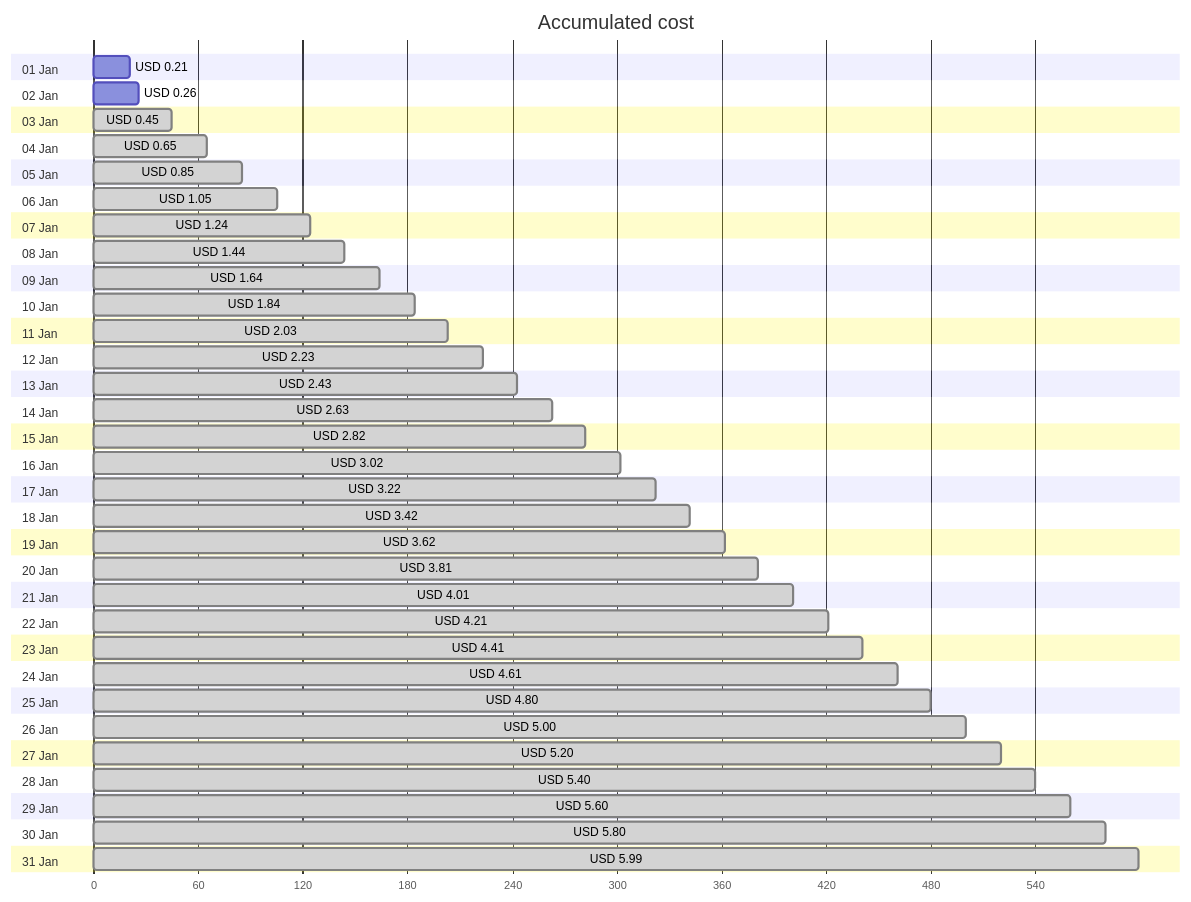
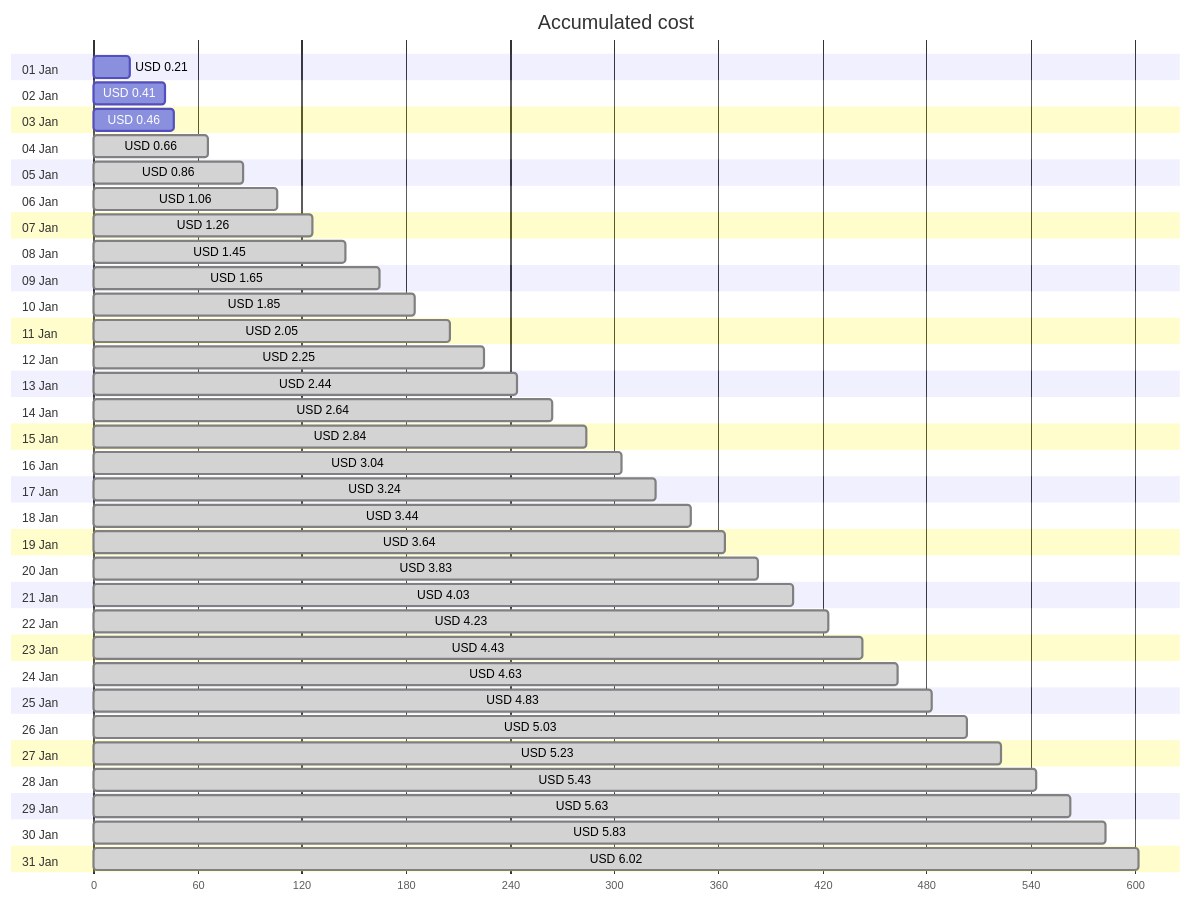
The first of 4 diagrams in cost-reports/personal-network/backup-server.md (jpfulton/azure-personal-reports), drawn with Mermaid before and after one commit. The commit also changed other lines of this file and 8 other files, not shown here.

````diff
--- a/cost-reports/personal-network/backup-server.md
+++ b/cost-reports/personal-network/backup-server.md
@@ -20,68 +20,68 @@
 ```mermaid
 gantt
    title Accumulated cost
    dateFormat  X
    axisFormat %s
    section 01 Jan
    USD 0.21 :0, 21
    section 02 Jan
-   USD 0.26 :0, 26
+   USD 0.41 :0, 41
    section 03 Jan
-   USD 0.45 : done, 0, 45
+   USD 0.46 :0, 46
    section 04 Jan
-   USD 0.65 : done, 0, 65
+   USD 0.66 : done, 0, 66
    section 05 Jan
-   USD 0.85 : done, 0, 85
+   USD 0.86 : done, 0, 86
    section 06 Jan
-   USD 1.05 : done, 0, 105
+   USD 1.06 : done, 0, 106
    section 07 Jan
-   USD 1.24 : done, 0, 124
+   USD 1.26 : done, 0, 126
    section 08 Jan
-   USD 1.44 : done, 0, 144
+   USD 1.45 : done, 0, 145
    section 09 Jan
-   USD 1.64 : done, 0, 164
+   USD 1.65 : done, 0, 165
    section 10 Jan
-   USD 1.84 : done, 0, 184
+   USD 1.85 : done, 0, 185
    section 11 Jan
-   USD 2.03 : done, 0, 203
+   USD 2.05 : done, 0, 205
    section 12 Jan
-   USD 2.23 : done, 0, 223
+   USD 2.25 : done, 0, 225
    section 13 Jan
-   USD 2.43 : done, 0, 243
+   USD 2.44 : done, 0, 244
    section 14 Jan
-   USD 2.63 : done, 0, 263
+   USD 2.64 : done, 0, 264
    section 15 Jan
-   USD 2.82 : done, 0, 282
+   USD 2.84 : done, 0, 284
    section 16 Jan
-   USD 3.02 : done, 0, 302
+   USD 3.04 : done, 0, 304
    section 17 Jan
-   USD 3.22 : done, 0, 322
+   USD 3.24 : done, 0, 324
    section 18 Jan
-   USD 3.42 : done, 0, 342
+   USD 3.44 : done, 0, 344
    section 19 Jan
-   USD 3.62 : done, 0, 362
+   USD 3.64 : done, 0, 364
    section 20 Jan
-   USD 3.81 : done, 0, 381
+   USD 3.83 : done, 0, 383
    section 21 Jan
-   USD 4.01 : done, 0, 401
+   USD 4.03 : done, 0, 403
    section 22 Jan
-   USD 4.21 : done, 0, 421
+   USD 4.23 : done, 0, 423
    section 23 Jan
-   USD 4.41 : done, 0, 441
+   USD 4.43 : done, 0, 443
    section 24 Jan
-   USD 4.61 : done, 0, 461
+   USD 4.63 : done, 0, 463
    section 25 Jan
-   USD 4.80 : done, 0, 480
+   USD 4.83 : done, 0, 483
    section 26 Jan
-   USD 5.00 : done, 0, 500
+   USD 5.03 : done, 0, 503
    section 27 Jan
-   USD 5.20 : done, 0, 520
+   USD 5.23 : done, 0, 523
    section 28 Jan
-   USD 5.40 : done, 0, 540
+   USD 5.43 : done, 0, 543
    section 29 Jan
-   USD 5.60 : done, 0, 560
+   USD 5.63 : done, 0, 563
    section 30 Jan
-   USD 5.80 : done, 0, 580
+   USD 5.83 : done, 0, 583
    section 31 Jan
-   USD 5.99 : done, 0, 599
+   USD 6.02 : done, 0, 602
 ```
````
